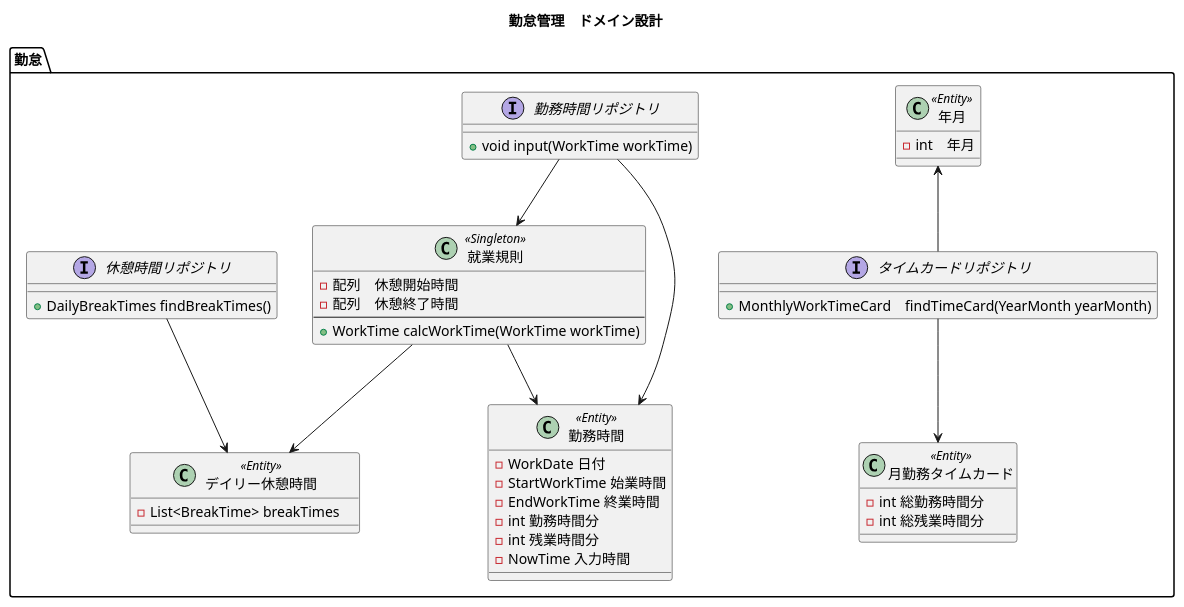
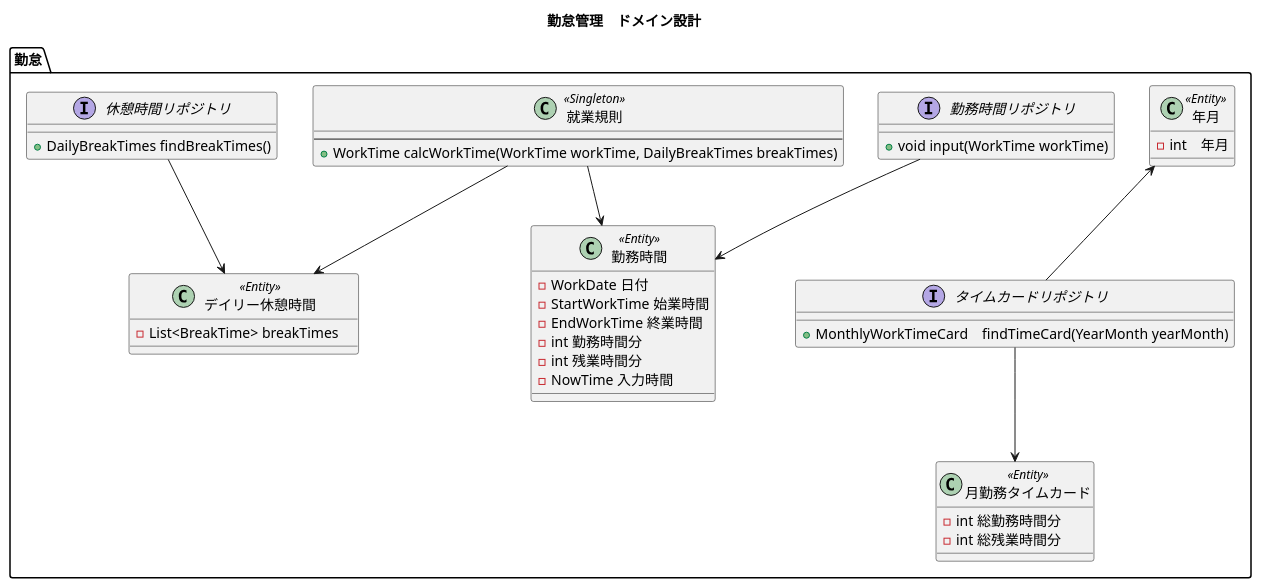
One commit to biglobe-isp/kintai changed the diagram in etc/document/domain/kintai-model.puml. Above: the diagram before and after it, drawn with PlantUML.

Commit message:
就業規則クラス周りのモデリング図修正

```diff
--- a/etc/document/domain/kintai-model.puml
+++ b/etc/document/domain/kintai-model.puml
@@ -1,107 +1,104 @@
 @startuml
 
 title 勤怠管理　ドメイン設計
 
 
 package 勤怠{
 
 '    enum WorkState as "勤務状態" << Enum >>{
 '     通常
 '     遅刻
 '     早退
 '     欠勤
 '     忌引
 '     予定休
 '     有給
 '    }
 
     /'*******************************
         Entity
     *******************************'/
     class "勤務時間"  as  WorkTime << Entity >> {
      - WorkDate 日付
      - StartWorkTime 始業時間
      - EndWorkTime 終業時間
      – int 勤務時間分
      - int 残業時間分
      - NowTime 入力時間
     }
 
     class "月勤務タイムカード" as MonthlyWorkTimeCard << Entity >>{
      – int 総勤務時間分
      - int 総残業時間分
     }
 
     class "年月" as YearMonth << Entity >>{
      - int　年月
     }
 
     class "デイリー休憩時間" as DailyBreakTimes << Entity >>{
      - List<BreakTime> breakTimes　
     }
 
     /'*******************************
         リポジトリ
     *******************************'/
     interface "勤務時間リポジトリ" as WorkTimeRepository{
       + void input(WorkTime workTime)
     }
     WorkTimeRepository --> WorkTime
 
     interface "休憩時間リポジトリ" as BreakTimeRepository{
       + DailyBreakTimes findBreakTimes()
     }
     BreakTimeRepository --> DailyBreakTimes
 
     interface "タイムカードリポジトリ" as TimeCardRepository{
       + MonthlyWorkTimeCard　findTimeCard(YearMonth yearMonth)
     }
     YearMonth <-- TimeCardRepository
     TimeCardRepository --> MonthlyWorkTimeCard
 
     /'*******************************
         Value Object
     *******************************'/
 '    class StartWorkTime as "始業時間" << value object >>{
 '     - int StartTime
 '    }
 '    WorkTime --> StartWorkTime
 '
 '    class EndWorkTime as "終業時間" << value object >>{
 '     - int EndTime
 '    }
 '    WorkTime --> EndWorkTime
 '
 '    class WorkDate as "勤務日" << value object >>{
 '     - int date
 '     - int yearMonth
 '    }
 '    WorkTime --> WorkDate
 '
 '    class NowTime as "入力時間" << value object >>{
 '     - LocalDateTime now
 '    }
 '    WorkTime --> NowTime
 '
 '    class "休憩時間" as BreakTime << value object >>{
 '     - int 休憩開始時
 '     - int 休憩開始分
 '     - int 休憩終了時
 '     - int 休憩終了分
 '    }
 '    DailyBreakTimes --> BreakTime
 
 
 
     class "就業規則" as  WorkingRule << Singleton >>{
-     - 配列　休憩開始時間
-     - 配列　休憩終了時間
     --
-     + WorkTime calcWorkTime(WorkTime workTime)
+     + WorkTime calcWorkTime(WorkTime workTime, DailyBreakTimes breakTimes)
     }
     WorkingRule --> DailyBreakTimes
-    WorkTimeRepository --> WorkingRule
     WorkingRule --> WorkTime
 
 }
 @enduml
```
